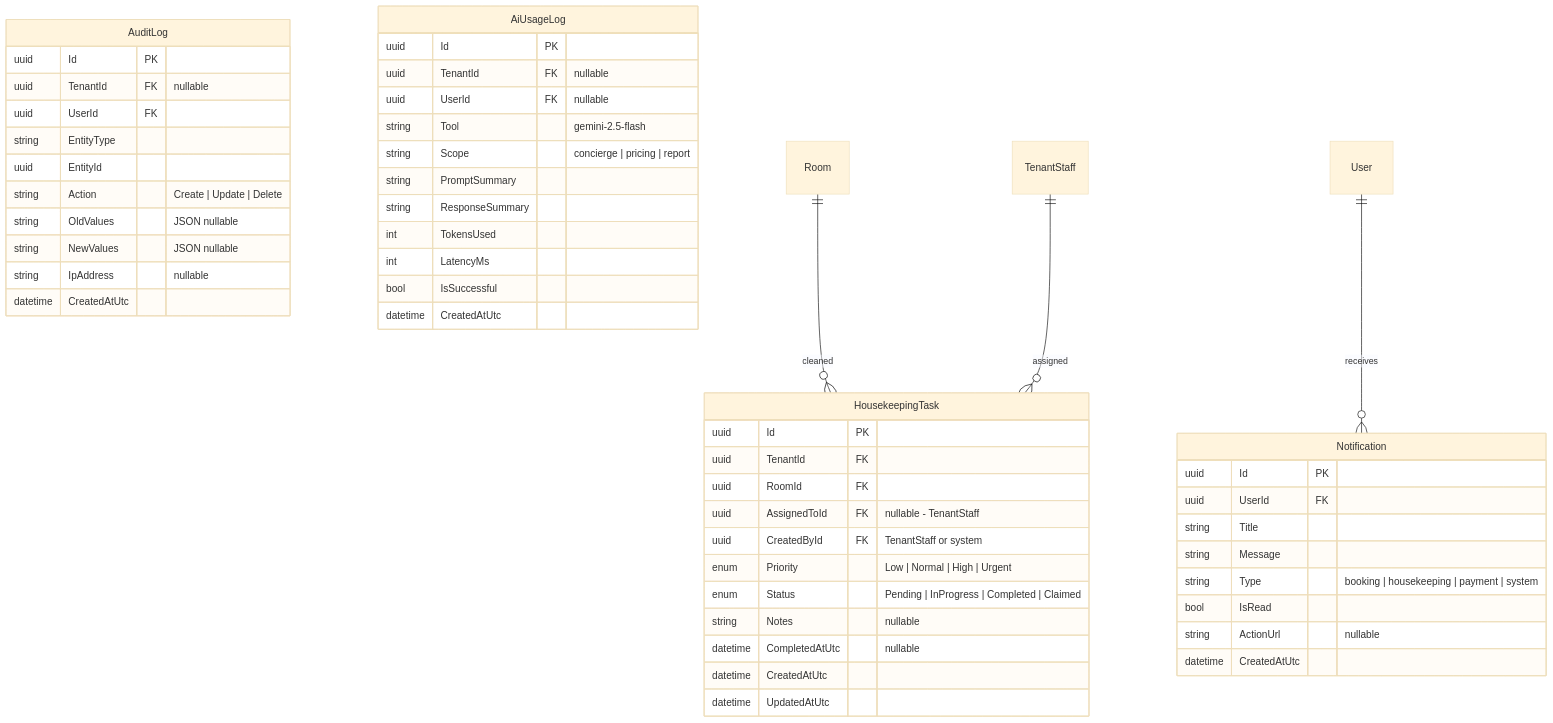
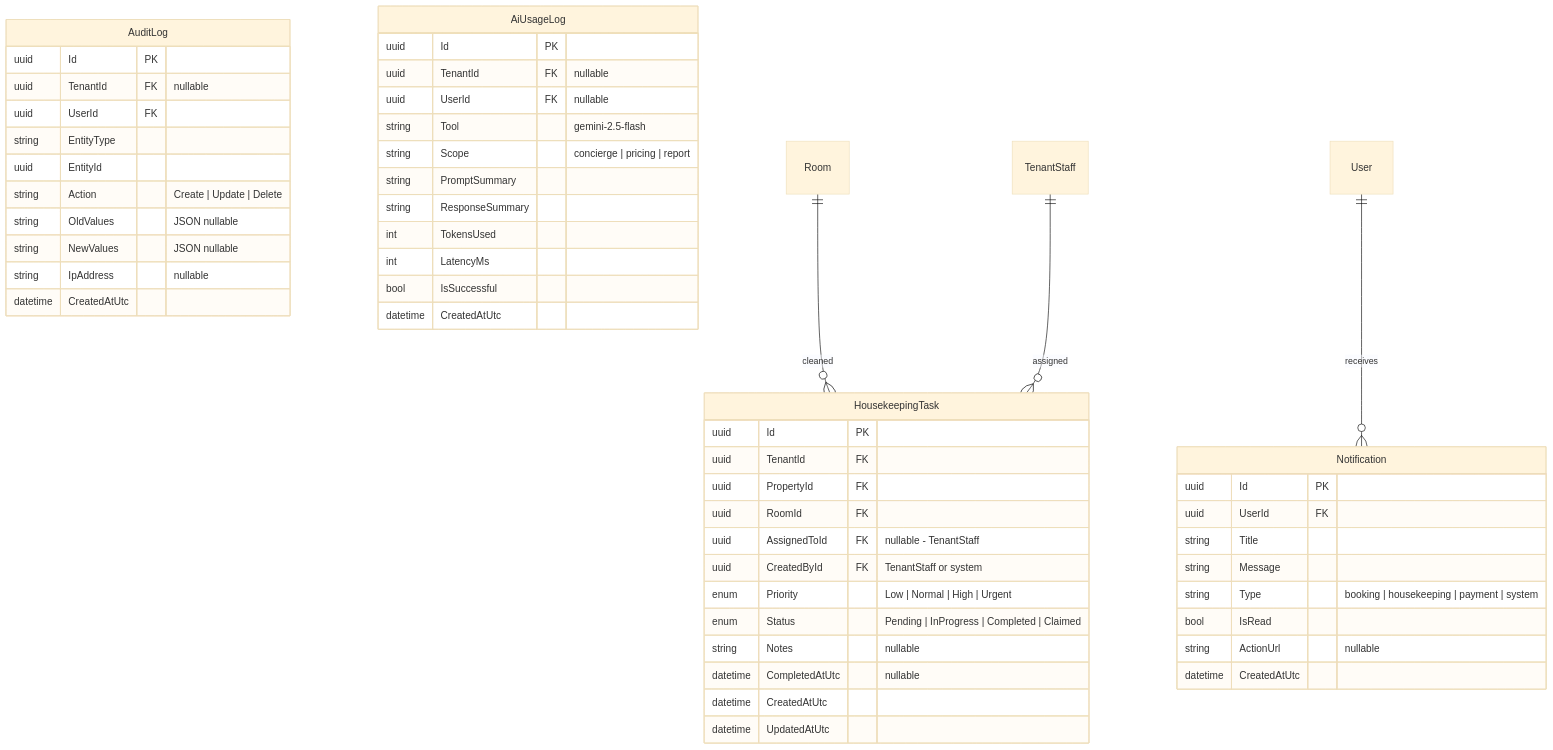
The fourth of 5 diagrams in docs/sdd/01-erd.md (GinNgo/hotel-saas-v2), drawn with Mermaid (base theme) before and after one commit. The commit also changed other lines of this file and 1003 other files, not shown here.

Commit message:
feat: Phase 1 complete - architecture foundation, auth & RBAC, team roadmaps, week 1 reports, and feature scaffolds

````diff
--- a/docs/sdd/01-erd.md
+++ b/docs/sdd/01-erd.md
@@ -225,58 +291,59 @@
 ```mermaid
 erDiagram
     HousekeepingTask {
         uuid Id PK
         uuid TenantId FK
+        uuid PropertyId FK
         uuid RoomId FK
         uuid AssignedToId FK "nullable - TenantStaff"
         uuid CreatedById FK "TenantStaff or system"
         enum Priority "Low | Normal | High | Urgent"
         enum Status "Pending | InProgress | Completed | Claimed"
         string Notes "nullable"
         datetime CompletedAtUtc "nullable"
         datetime CreatedAtUtc
         datetime UpdatedAtUtc
     }
 
     Notification {
         uuid Id PK
         uuid UserId FK
         string Title
         string Message
         string Type "booking | housekeeping | payment | system"
         bool IsRead
         string ActionUrl "nullable"
         datetime CreatedAtUtc
     }
 
     AuditLog {
         uuid Id PK
         uuid TenantId FK "nullable"
         uuid UserId FK
         string EntityType
         uuid EntityId
         string Action "Create | Update | Delete"
         string OldValues "JSON nullable"
         string NewValues "JSON nullable"
         string IpAddress "nullable"
         datetime CreatedAtUtc
     }
 
     AiUsageLog {
         uuid Id PK
         uuid TenantId FK "nullable"
         uuid UserId FK "nullable"
         string Tool "gemini-2.5-flash"
         string Scope "concierge | pricing | report"
         string PromptSummary
         string ResponseSummary
         int TokensUsed
         int LatencyMs
         bool IsSuccessful
         datetime CreatedAtUtc
     }
 
     Room ||--o{ HousekeepingTask : "cleaned"
     TenantStaff ||--o{ HousekeepingTask : "assigned"
     User ||--o{ Notification : "receives"
 ```
````
